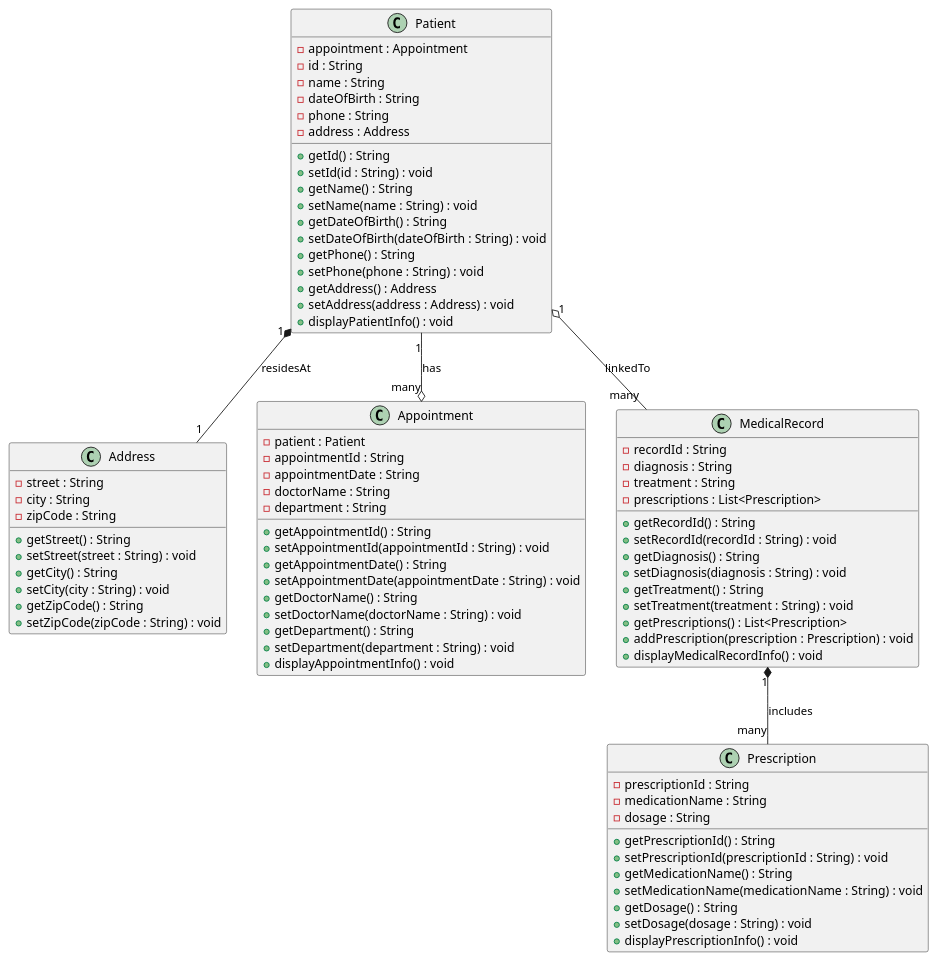
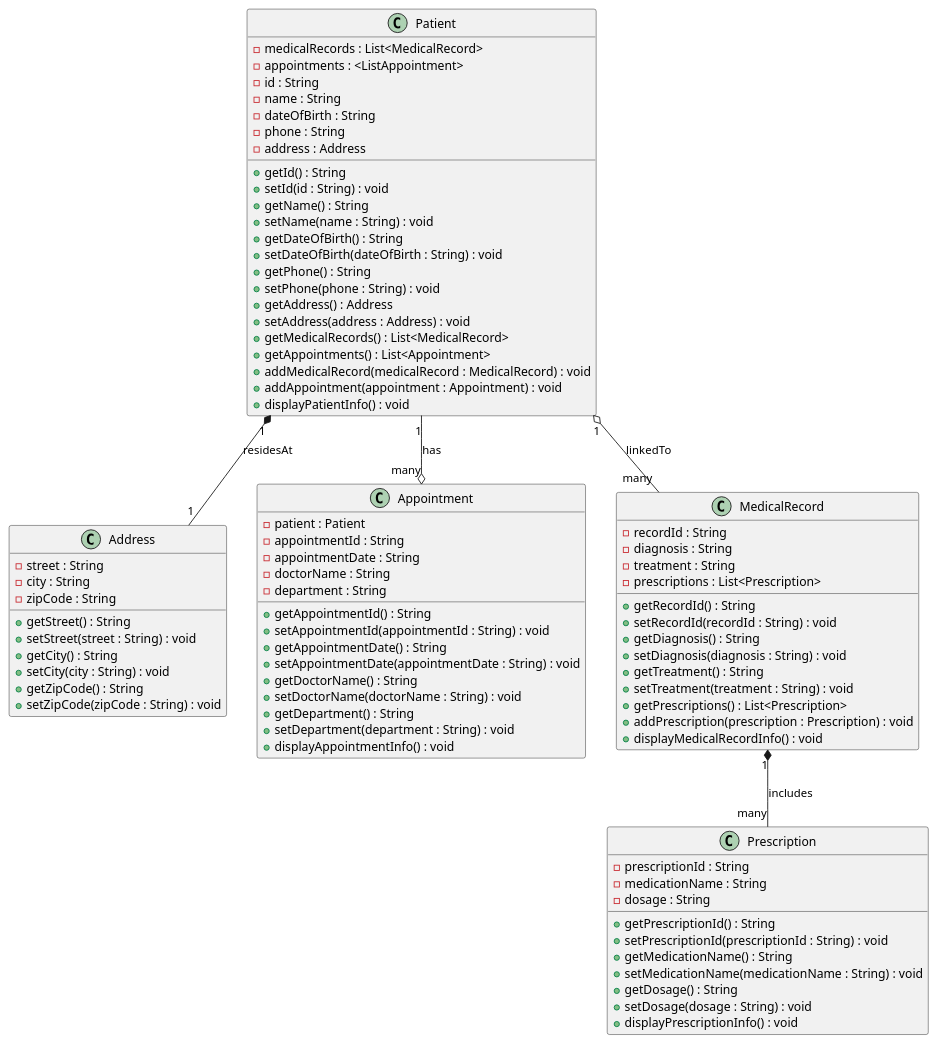
One commit to shreddedInk/Senla-Courses changed the diagram in task-2/3/PatientDiagram.puml. Above: the diagram before and after it, drawn with PlantUML. The commit also changed 3 other files, not shown here.

Commit message:
Now diagrams with collections

```diff
--- a/task-2/3/PatientDiagram.puml
+++ b/task-2/3/PatientDiagram.puml
@@ -1,84 +1,89 @@
 @startuml
 class Patient {
-    - appointment : Appointment
+    - medicalRecords : List<MedicalRecord>
+    - appointments : <ListAppointment>
     - id : String
     - name : String
     - dateOfBirth : String
     - phone : String
     - address : Address
     + getId() : String
     + setId(id : String) : void
     + getName() : String
     + setName(name : String) : void
     + getDateOfBirth() : String
     + setDateOfBirth(dateOfBirth : String) : void
     + getPhone() : String
     + setPhone(phone : String) : void
     + getAddress() : Address
     + setAddress(address : Address) : void
+    + getMedicalRecords() : List<MedicalRecord>
+    + getAppointments() : List<Appointment>
+    + addMedicalRecord(medicalRecord : MedicalRecord) : void
+    + addAppointment(appointment : Appointment) : void
     + displayPatientInfo() : void
 }
 
 class Address {
     - street : String
     - city : String
     - zipCode : String
     + getStreet() : String
     + setStreet(street : String) : void
     + getCity() : String
     + setCity(city : String) : void
     + getZipCode() : String
     + setZipCode(zipCode : String) : void
 }
 
 class Appointment {
     - patient : Patient
     - appointmentId : String
     - appointmentDate : String
     - doctorName : String
     - department : String
     + getAppointmentId() : String
     + setAppointmentId(appointmentId : String) : void
     + getAppointmentDate() : String
     + setAppointmentDate(appointmentDate : String) : void
     + getDoctorName() : String
     + setDoctorName(doctorName : String) : void
     + getDepartment() : String
     + setDepartment(department : String) : void
     + displayAppointmentInfo() : void
 }
 
 class MedicalRecord {
     - recordId : String
     - diagnosis : String
     - treatment : String
     - prescriptions : List<Prescription>
     + getRecordId() : String
     + setRecordId(recordId : String) : void
     + getDiagnosis() : String
     + setDiagnosis(diagnosis : String) : void
     + getTreatment() : String
     + setTreatment(treatment : String) : void
     + getPrescriptions() : List<Prescription>
     + addPrescription(prescription : Prescription) : void
     + displayMedicalRecordInfo() : void
 }
 
 class Prescription {
     - prescriptionId : String
     - medicationName : String
     - dosage : String
     + getPrescriptionId() : String
     + setPrescriptionId(prescriptionId : String) : void
     + getMedicationName() : String
     + setMedicationName(medicationName : String) : void
     + getDosage() : String
     + setDosage(dosage : String) : void
     + displayPrescriptionInfo() : void
 }
 
 Patient "1" *-- "1" Address : residesAt
 Patient "1" --o "many" Appointment : has
 Patient "1" o-- "many" MedicalRecord : linkedTo
 MedicalRecord "1" *-- "many" Prescription : includes
 @enduml
```
